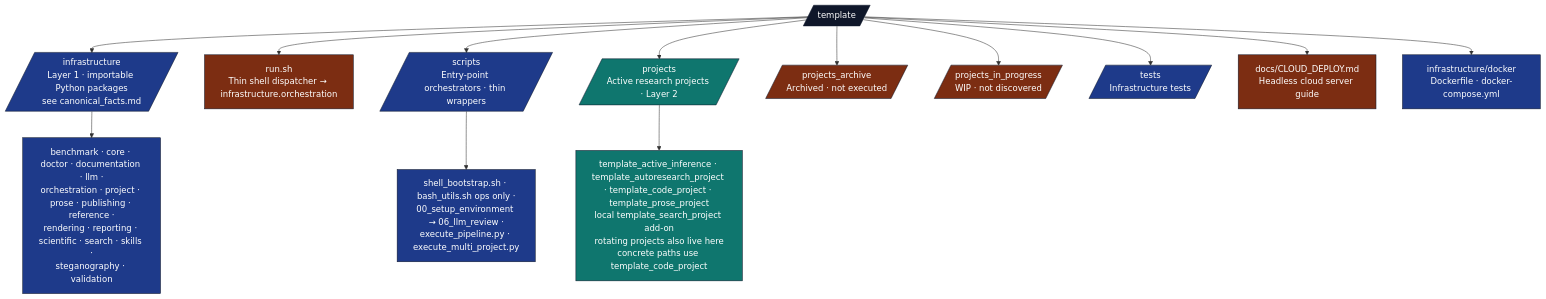
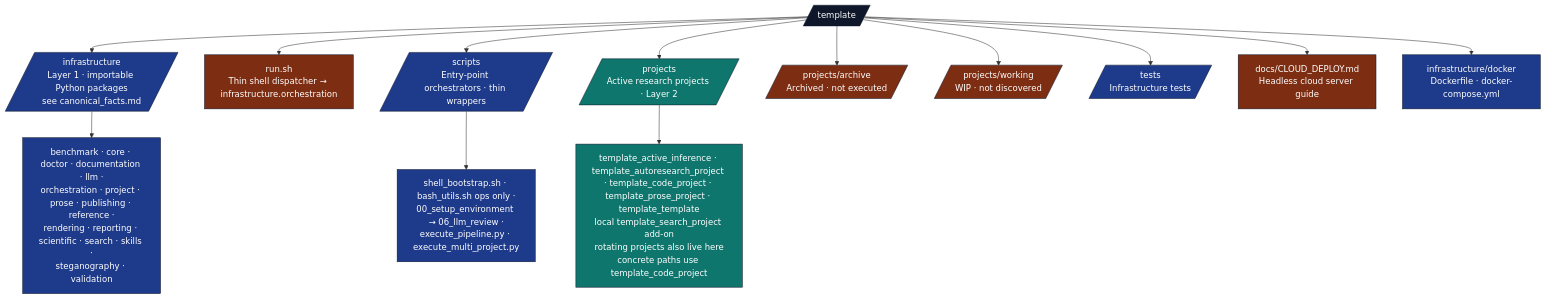
The diagram in docs/PAI.md (docxology/template), drawn with Mermaid before and after one commit. The commit also changed other lines of this file and 1821 other files, not shown here.

````diff
--- a/docs/PAI.md
+++ b/docs/PAI.md
@@ -69,28 +69,28 @@
 ```mermaid
 flowchart TB
     ROOT[/template/]
     ROOT --> INFRA[/infrastructure<br/>Layer 1 · importable Python packages<br/>see canonical_facts.md/]
     ROOT --> RUN[run.sh<br/>Thin shell dispatcher → infrastructure.orchestration]
     ROOT --> SCR[/scripts<br/>Entry-point orchestrators · thin wrappers/]
     ROOT --> PROJ[/projects<br/>Active research projects · Layer 2/]
-    ROOT --> ARCH[/projects_archive<br/>Archived · not executed/]
-    ROOT --> WIP[/projects_in_progress<br/>WIP · not discovered/]
+    ROOT --> ARCH[/projects/archive<br/>Archived · not executed/]
+    ROOT --> WIP[/projects/working<br/>WIP · not discovered/]
     ROOT --> T[/tests<br/>Infrastructure tests/]
     ROOT --> DOCS[docs/CLOUD_DEPLOY.md<br/>Headless cloud server guide]
     ROOT --> DOCKER[infrastructure/docker<br/>Dockerfile · docker-compose.yml]
 
     INFRA --> INFRA_PKGS[benchmark · core · doctor · documentation · llm ·<br/>orchestration · project · prose · publishing · reference ·<br/>rendering · reporting · scientific · search · skills ·<br/>steganography · validation]
 
     SCR --> SCR_FILES[shell_bootstrap.sh · bash_utils.sh ops only ·<br/>00_setup_environment → 06_llm_review ·<br/>execute_pipeline.py · execute_multi_project.py]
 
-    PROJ --> PROJ_F["template_active_inference · template_autoresearch_project · template_code_project · template_prose_project<br/>local template_search_project add-on<br/>rotating projects also live here<br/>concrete paths use template_code_project"]
+    PROJ --> PROJ_F["template_active_inference · template_autoresearch_project · template_code_project · template_prose_project · template_template<br/>local template_search_project add-on<br/>rotating projects also live here<br/>concrete paths use template_code_project"]
 
     classDef root fill:#0f172a,stroke:#0f172a,color:#fff
     classDef l1 fill:#1e3a8a,stroke:#0f172a,color:#fff
     classDef l2 fill:#0f766e,stroke:#0f172a,color:#fff
     classDef gen fill:#7c2d12,stroke:#0f172a,color:#fff
     class ROOT root
     class INFRA,SCR,T,DOCKER,INFRA_PKGS,SCR_FILES l1
     class PROJ,PROJ_F l2
     class ARCH,WIP,DOCS,RUN gen
 ```
````
